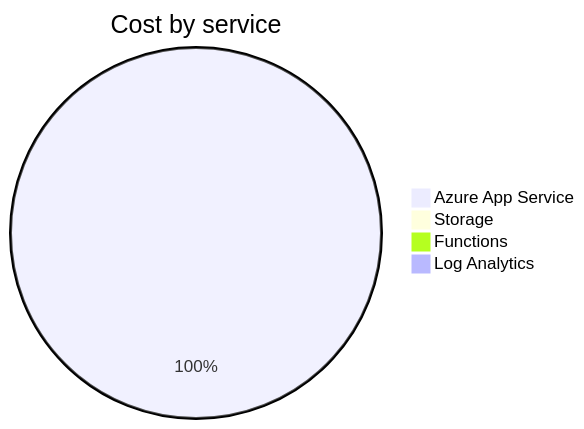
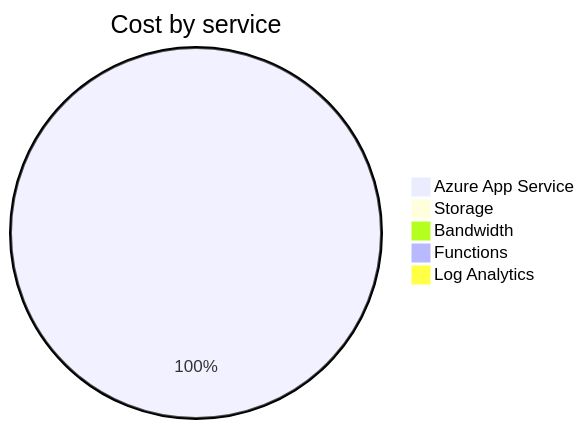
One commit to jpfulton/azure-personal-reports changed the second of 4 diagrams in cost-reports/personal-site/README.md. Above: the diagram before and after it, drawn with Mermaid. The commit also changed other lines of this file and 6 other files, not shown here.

````diff
--- a/cost-reports/personal-site/README.md
+++ b/cost-reports/personal-site/README.md
@@ -98,8 +99,9 @@
 ```mermaid
 pie
    title Cost by service
-   "Azure App Service" : 0.42
+   "Azure App Service" : 0.99
    "Storage" : 0.00
+   "Bandwidth" : 0.00
    "Functions" : 0.00
    "Log Analytics" : 0.00
 ```
````
